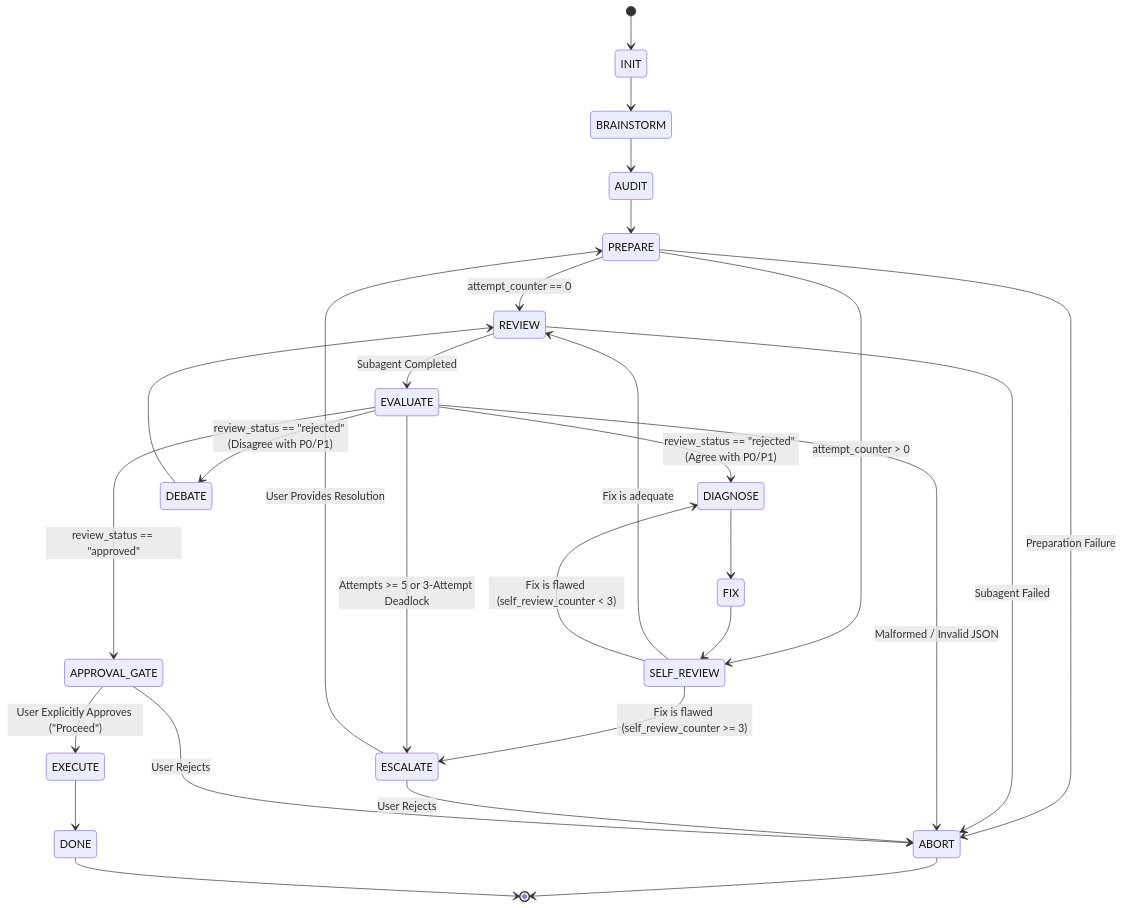
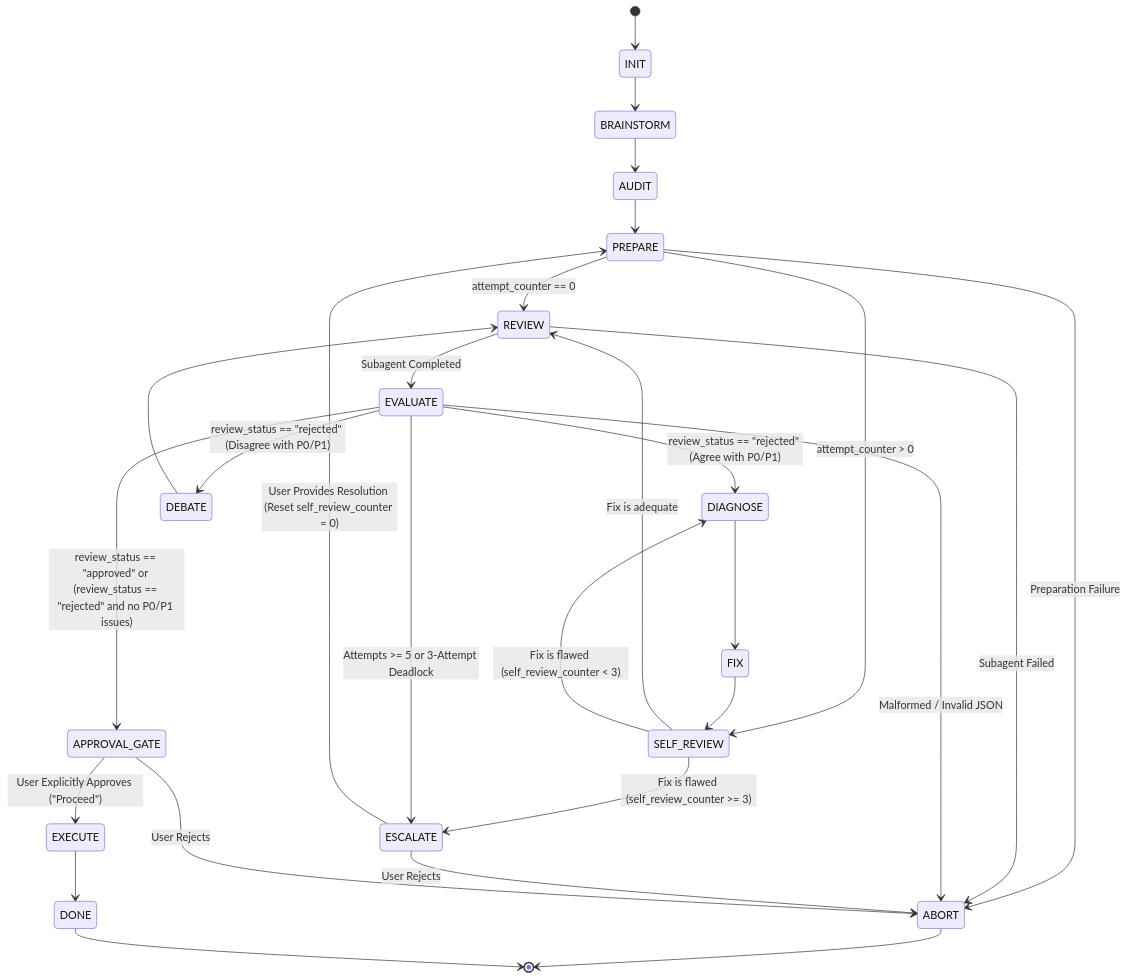
Before and after one commit to vinhthang/ai-review-plugin: the diagram in skills/plan-review/SKILL.md, drawn with Mermaid. The commit also changed other lines of this file and 5 other files, not shown here.

````diff
--- a/skills/plan-review/SKILL.md
+++ b/skills/plan-review/SKILL.md
@@ -7,30 +7,30 @@
 ```mermaid
 stateDiagram-v2
     [*] --> INIT
     INIT --> BRAINSTORM
     BRAINSTORM --> AUDIT
     AUDIT --> PREPARE
     PREPARE --> ABORT : Preparation Failure
     PREPARE --> REVIEW : attempt_counter == 0
     PREPARE --> SELF_REVIEW : attempt_counter > 0
     SELF_REVIEW --> REVIEW : Fix is adequate
     SELF_REVIEW --> DIAGNOSE : Fix is flawed (self_review_counter < 3)
     SELF_REVIEW --> ESCALATE : Fix is flawed (self_review_counter >= 3)
     REVIEW --> EVALUATE : Subagent Completed
     REVIEW --> ABORT : Subagent Failed
-    EVALUATE --> APPROVAL_GATE : review_status == "approved"
+    EVALUATE --> APPROVAL_GATE : review_status == "approved" or (review_status == "rejected" and no P0/P1 issues)
     EVALUATE --> ESCALATE : Attempts >= 5 or 3-Attempt Deadlock
     EVALUATE --> DIAGNOSE : review_status == "rejected" (Agree with P0/P1)
     EVALUATE --> DEBATE : review_status == "rejected" (Disagree with P0/P1)
     EVALUATE --> ABORT : Malformed / Invalid JSON
     DIAGNOSE --> FIX
     FIX --> SELF_REVIEW
     DEBATE --> REVIEW
-    ESCALATE --> PREPARE : User Provides Resolution
+    ESCALATE --> PREPARE : User Provides Resolution (Reset self_review_counter = 0)
     ESCALATE --> ABORT : User Rejects
     APPROVAL_GATE --> EXECUTE : User Explicitly Approves ("Proceed")
     APPROVAL_GATE --> ABORT : User Rejects
     EXECUTE --> DONE
     ABORT --> [*]
     DONE --> [*]
 ```
````
